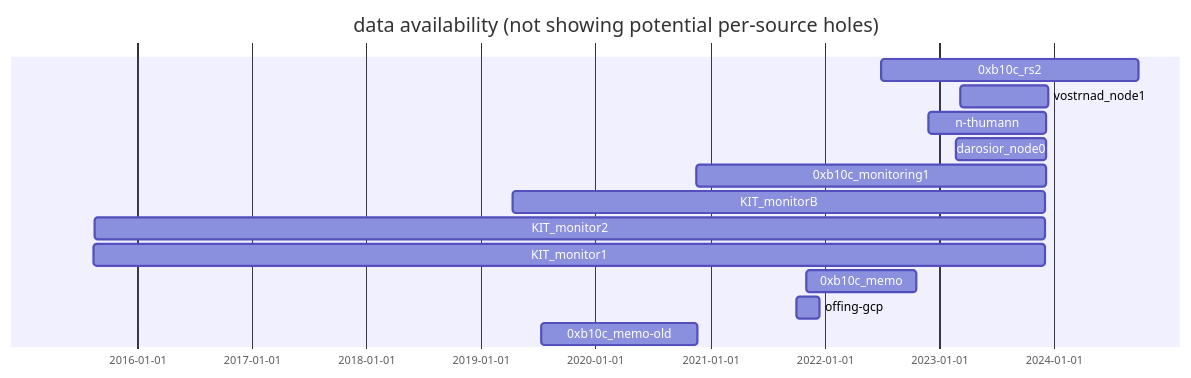
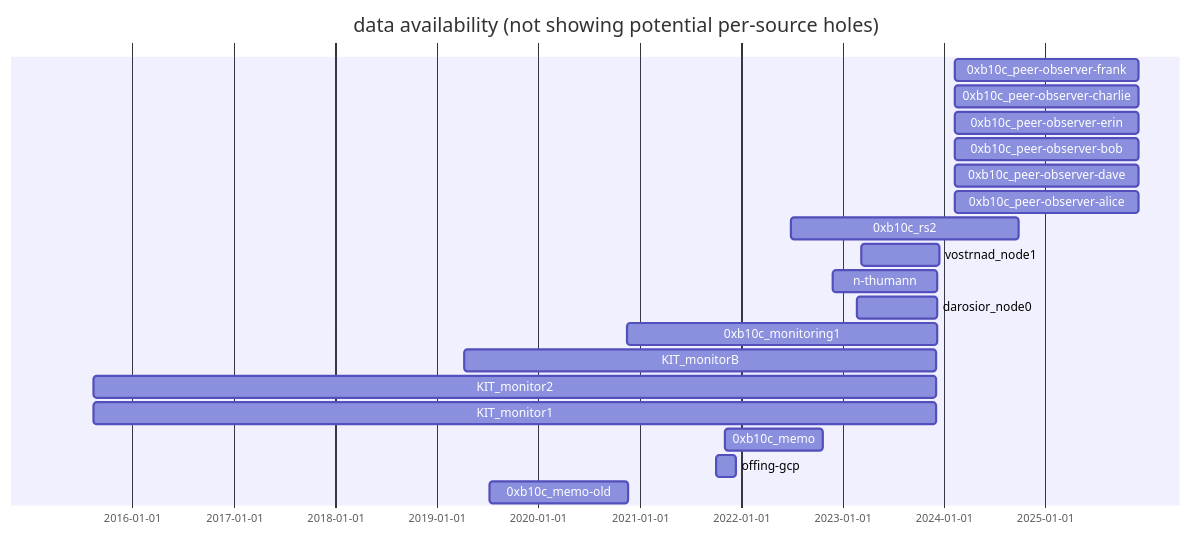
Before and after one commit to bitcoin-data/block-arrival-times: the diagram in README.md, drawn with Mermaid. The commit also changed 1 other file, not shown here.

Commit message:
update: metadata for the new logs

````diff
--- a/README.md
+++ b/README.md
@@ -51,19 +51,25 @@
 ```mermaid
 gantt
 dateFormat x
 title data availability (not showing potential per-source holes)
 todayMarker off
 
+0xb10c_peer-observer-frank: 1707523605000, 1764633510232
+0xb10c_peer-observer-charlie: 1707523605000, 1764633502435
+0xb10c_peer-observer-erin: 1707523606000, 1764633502410
+0xb10c_peer-observer-bob: 1707523605000, 1764633502292
+0xb10c_peer-observer-dave: 1707523606000, 1764633502266
+0xb10c_peer-observer-alice: 1707523605000, 1764633502241
 0xb10c_rs2: 1656356008000, 1727433209000
 vostrnad_node1: 1678416045000, 1702535282000
 n-thumann: 1669583939000, 1702072477000
 darosior_node0: 1676970378000, 1702022714000
 0xb10c_monitoring1: 1605513978094, 1701968604513
 KIT_monitorB: 1554813325167, 1701803016066
 KIT_monitor2: 1439645276225, 1701798709781
 KIT_monitor1: 1439476817617, 1701797554640
 0xb10c_memo: 1635945250000, 1666268995000
 offing-gcp: 1633117022000, 1639414560000
 0xb10c_memo-old: 1562848974000, 1605772694000
 
 ```
````
